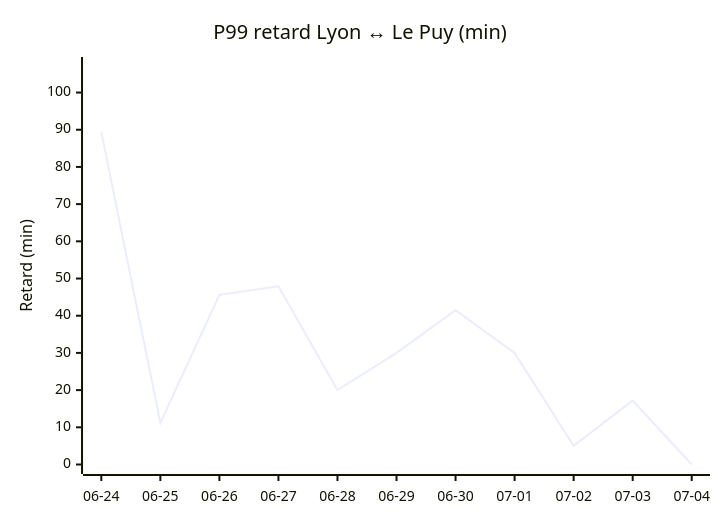
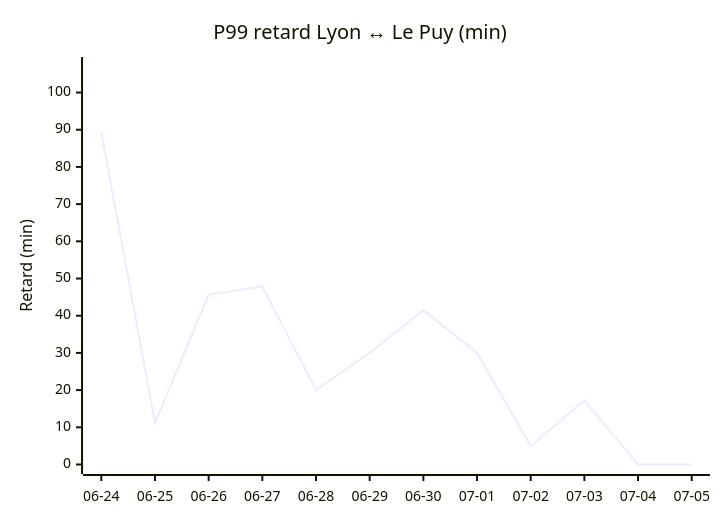
Before and after one commit to antoinerep/horaire-ter: the fourth of 4 diagrams in STATS.md, drawn with Mermaid. The commit also changed other lines of this file and 1 other file, not shown here.

````diff
--- a/STATS.md
+++ b/STATS.md
@@ -93,7 +94,7 @@
 ```mermaid
 xychart-beta
     title "P99 retard Lyon ↔ Le Puy (min)"
-    x-axis ["06-24", "06-25", "06-26", "06-27", "06-28", "06-29", "06-30", "07-01", "07-02", "07-03", "07-04"]
+    x-axis ["06-24", "06-25", "06-26", "06-27", "06-28", "06-29", "06-30", "07-01", "07-02", "07-03", "07-04", "07-05"]
     y-axis "Retard (min)" 0 --> 107
-    line [89.4, 11.2, 45.6, 47.9, 20.0, 30.0, 41.5, 30.0, 5.0, 17.2, 0.0]
+    line [89.4, 11.2, 45.6, 47.9, 20.0, 30.0, 41.5, 30.0, 5.0, 17.2, 0.0, 0.0]
 ```
````
